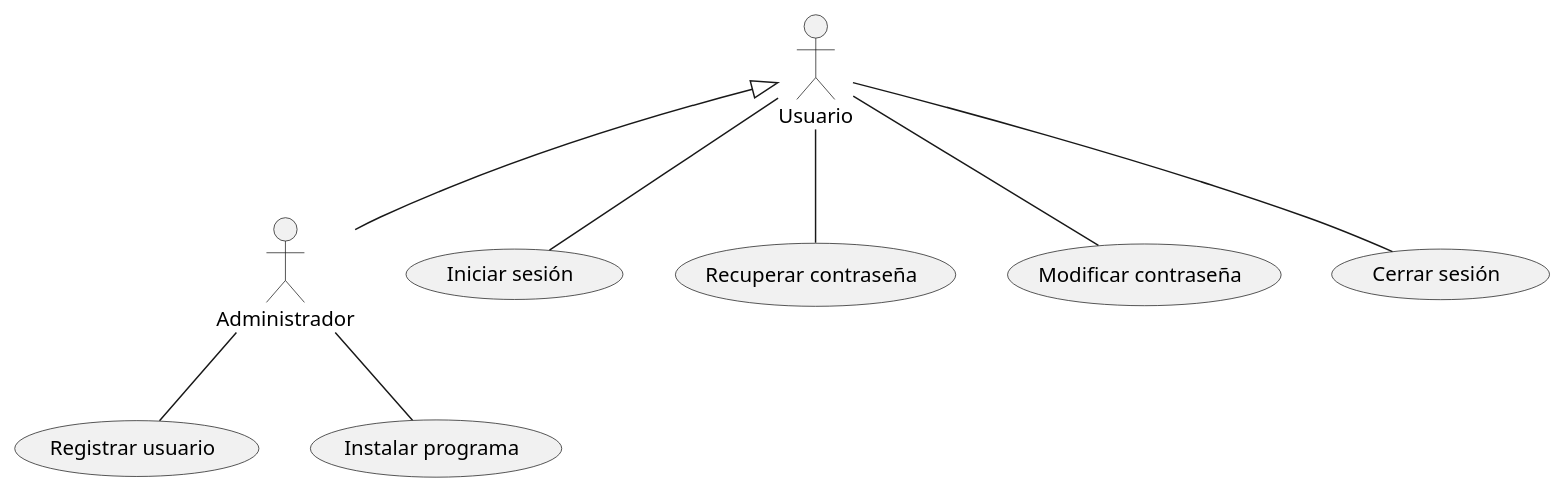
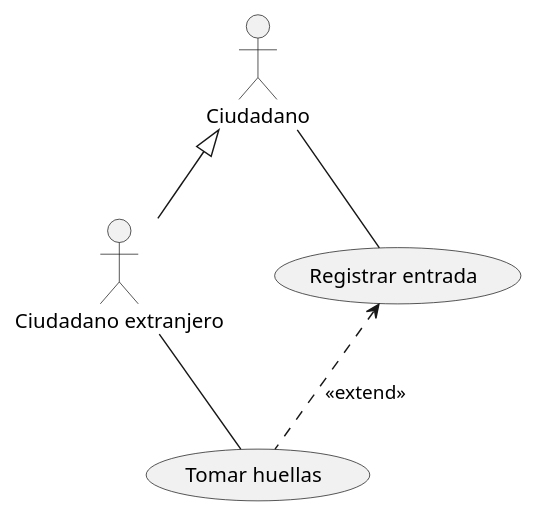
Before and after one commit to abrahambelen/ClasesDeUsoPlantUML_I: the diagram in Elementos.puml, drawn with PlantUML.

Commit message:
Puesto fronterizo.

```diff
--- a/Elementos.puml
+++ b/Elementos.puml
@@ -1,26 +1,17 @@
 @startuml
 
-:Usuario:
-:Administrador:
+:Ciudadano:
+:Ciudadano extranjero:
 
-(Iniciar sesión)
-(Recuperar contraseña)
-(Modificar contraseña)
-(Cerrar sesión)
-(Registrar usuario)
-(Instalar programa)
+(Registrar entrada)
+(Tomar huellas)
 
-:Usuario: -- (Iniciar sesión)
-:Usuario: -- (Recuperar contraseña)
-:Usuario: -- (Modificar contraseña)
-:Usuario: -- (Cerrar sesión)
+:Ciudadano: -- (Registrar entrada)
+:Ciudadano extranjero: -- (Tomar huellas)
 
-:Administrador: -- (Registrar usuario)
-:Administrador: -- (Instalar programa)
+:Ciudadano: <|-- :Ciudadano extranjero:
 
-:Usuario: <|-- :Administrador:
-
-
+(Registrar entrada) <.. (Tomar huellas) : <<extend>>
 
 
 @enduml
```
